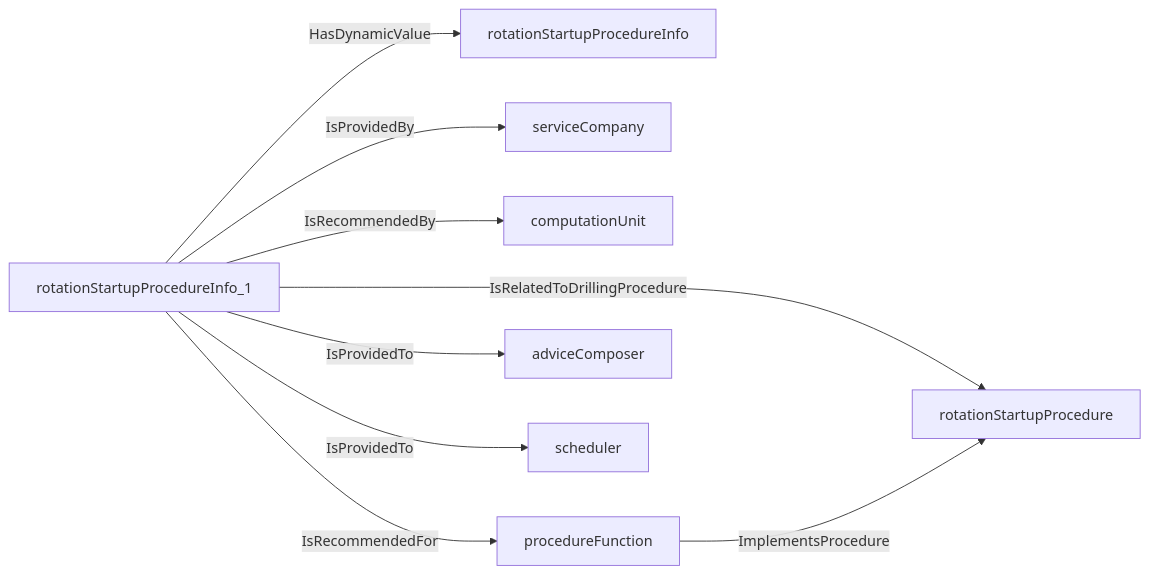
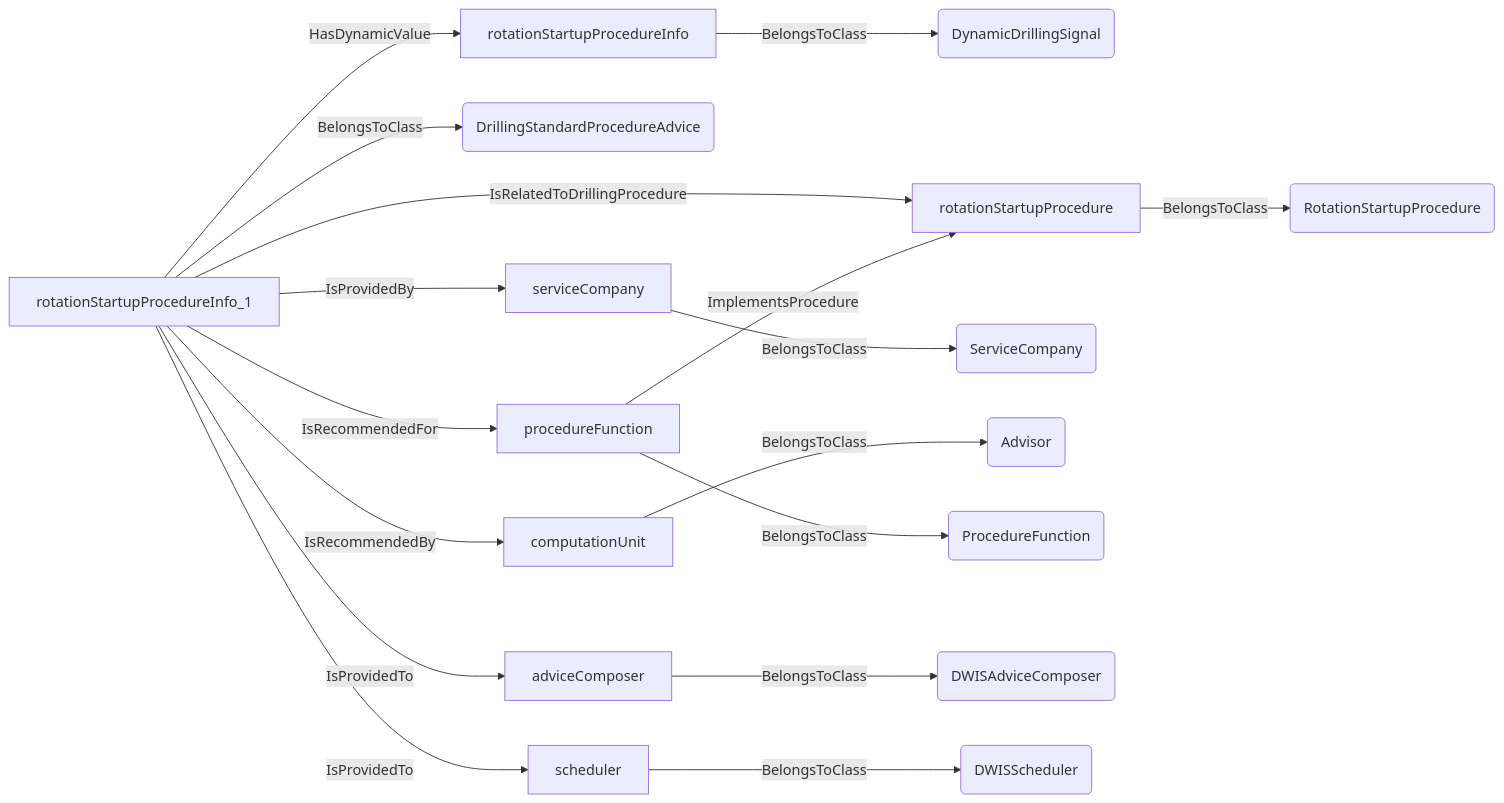
The fourth of 19 diagrams in docs/vocabulary_development/auto-generated/md/definition-files/DrillingProcedure.md (D-WIS/DDHub-Semantic-Interoperability), drawn with Mermaid before and after one commit. The commit also changed other lines of this file and 14 other files, not shown here.

````diff
--- a/docs/vocabulary_development/auto-generated/md/definition-files/DrillingProcedure.md
+++ b/docs/vocabulary_development/auto-generated/md/definition-files/DrillingProcedure.md
@@ -169,11 +201,19 @@
 ```mermaid
 graph LR
-	N0000[rotationStartupProcedureInfo_1] -->|HasDynamicValue| N0001[rotationStartupProcedureInfo] 
-	N0000[rotationStartupProcedureInfo_1] -->|IsRelatedToDrillingProcedure| N0002[rotationStartupProcedure] 
-	N0000[rotationStartupProcedureInfo_1] -->|IsProvidedBy| N0003[serviceCompany] 
-	N0000[rotationStartupProcedureInfo_1] -->|IsRecommendedBy| N0004[computationUnit] 
-	N0005[procedureFunction] -->|ImplementsProcedure| N0002[rotationStartupProcedure] 
-	N0000[rotationStartupProcedureInfo_1] -->|IsRecommendedFor| N0005[procedureFunction] 
-	N0000[rotationStartupProcedureInfo_1] -->|IsProvidedTo| N0006[adviceComposer] 
-	N0000[rotationStartupProcedureInfo_1] -->|IsProvidedTo| N0007[scheduler] 
+	N0000[rotationStartupProcedureInfo] -->|BelongsToClass| N0001(DynamicDrillingSignal) 
+	N0002[rotationStartupProcedureInfo_1] -->|BelongsToClass| N0003(DrillingStandardProcedureAdvice) 
+	N0002[rotationStartupProcedureInfo_1] -->|HasDynamicValue| N0000[rotationStartupProcedureInfo] 
+	N0004[rotationStartupProcedure] -->|BelongsToClass| N0005(RotationStartupProcedure) 
+	N0002[rotationStartupProcedureInfo_1] -->|IsRelatedToDrillingProcedure| N0004[rotationStartupProcedure] 
+	N0006[serviceCompany] -->|BelongsToClass| N0007(ServiceCompany) 
+	N0002[rotationStartupProcedureInfo_1] -->|IsProvidedBy| N0006[serviceCompany] 
+	N0008[computationUnit] -->|BelongsToClass| N0009(Advisor) 
+	N0002[rotationStartupProcedureInfo_1] -->|IsRecommendedBy| N0008[computationUnit] 
+	N0010[procedureFunction] -->|BelongsToClass| N0011(ProcedureFunction) 
+	N0010[procedureFunction] -->|ImplementsProcedure| N0004[rotationStartupProcedure] 
+	N0002[rotationStartupProcedureInfo_1] -->|IsRecommendedFor| N0010[procedureFunction] 
+	N0012[adviceComposer] -->|BelongsToClass| N0013(DWISAdviceComposer) 
+	N0002[rotationStartupProcedureInfo_1] -->|IsProvidedTo| N0012[adviceComposer] 
+	N0014[scheduler] -->|BelongsToClass| N0015(DWISScheduler) 
+	N0002[rotationStartupProcedureInfo_1] -->|IsProvidedTo| N0014[scheduler] 
 ```
````
